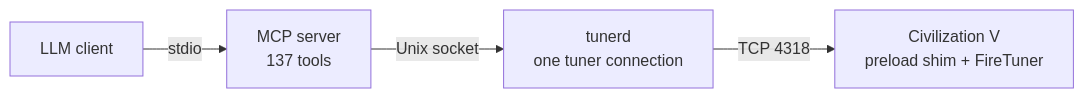
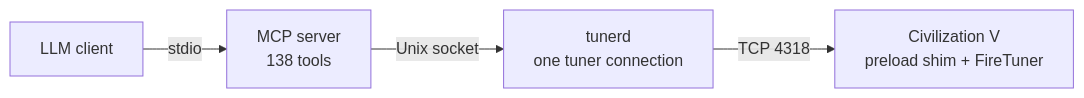
One commit to ty-meador/civ-v-linux-mcp changed the diagram in README.md. Above: the diagram before and after it, drawn with Mermaid. The commit also changed other lines of this file and 13 other files, not shown here.

````diff
--- a/README.md
+++ b/README.md
@@ -153,6 +157,6 @@
 ```mermaid
 flowchart LR
-    A["LLM client"] -->|stdio| B["MCP server<br/>137 tools"]
+    A["LLM client"] -->|stdio| B["MCP server<br/>138 tools"]
     B -->|Unix socket| C["tunerd<br/>one tuner connection"]
     C -->|TCP 4318| D["Civilization V<br/>preload shim + FireTuner"]
 ```
````
